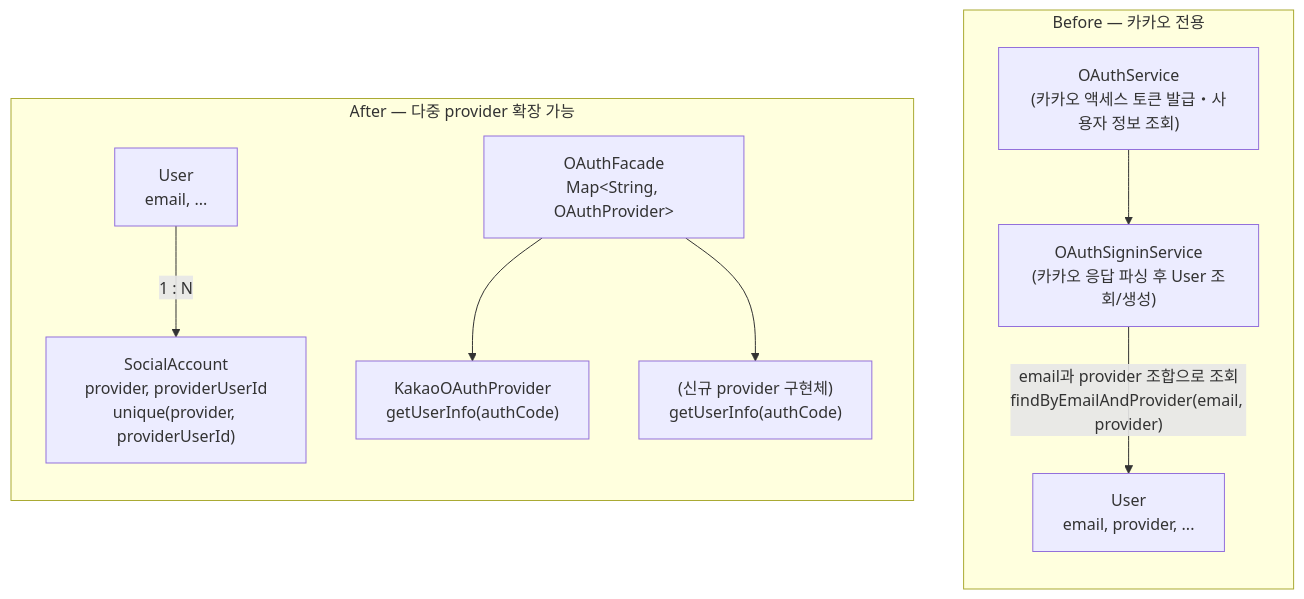
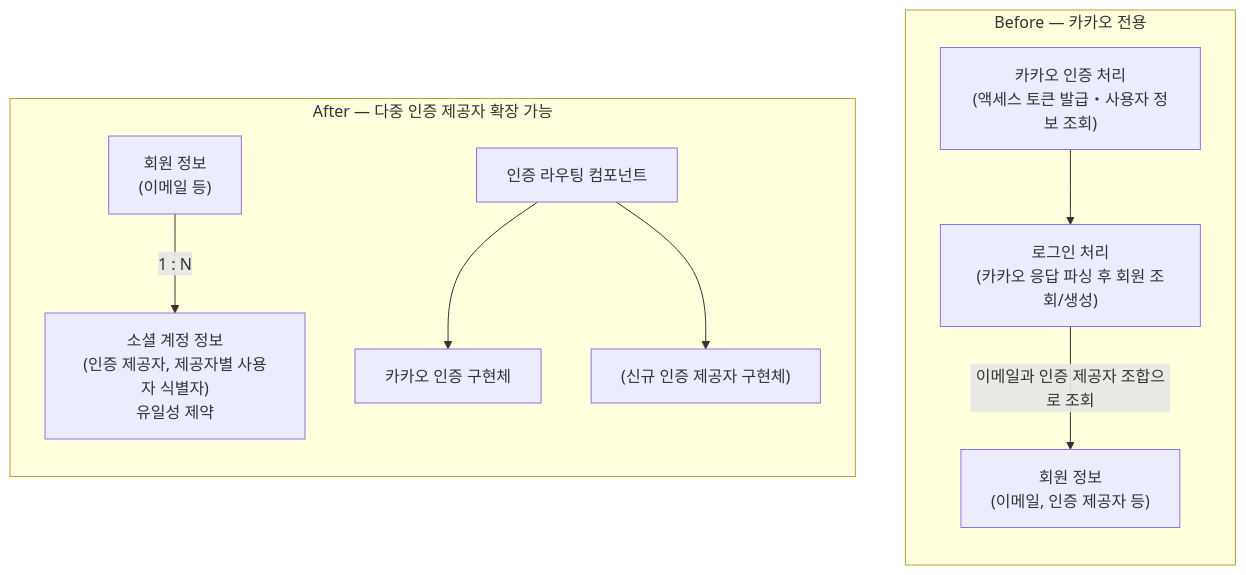
Before and after one commit to Jinpyo-An/Jinpyo-An.github.io: the diagram in src/content/projects/project-2/troubleshooting/oauth-multi-provider/index.md, drawn with Mermaid. The commit also changed other lines of this file and 5 other files, not shown here.

````diff
--- a/src/content/projects/project-2/troubleshooting/oauth-multi-provider/index.md
+++ b/src/content/projects/project-2/troubleshooting/oauth-multi-provider/index.md
@@ -24,24 +24,24 @@
 ```mermaid
 flowchart TB
     subgraph BEFORE["Before — 카카오 전용"]
         direction TB
-        U1["User<br/>email, provider, ..."]
-        OS["OAuthService<br/>(카카오 액세스 토큰 발급・사용자 정보 조회)"]
-        OSS["OAuthSigninService<br/>(카카오 응답 파싱 후 User 조회/생성)"]
+        U1["회원 정보\n(이메일, 인증 제공자 등)"]
+        OS["카카오 인증 처리\n(액세스 토큰 발급・사용자 정보 조회)"]
+        OSS["로그인 처리\n(카카오 응답 파싱 후 회원 조회/생성)"]
         OS --> OSS
-        OSS -->|"email과 provider 조합으로 조회<br/>findByEmailAndProvider(email, provider)"| U1
+        OSS -->|"이메일과 인증 제공자 조합으로 조회"| U1
     end
 
-    subgraph AFTER["After — 다중 provider 확장 가능"]
+    subgraph AFTER["After — 다중 인증 제공자 확장 가능"]
         direction TB
-        U2["User<br/>email, ..."]
-        SA["SocialAccount<br/>provider, providerUserId<br/>unique(provider, providerUserId)"]
-        FACADE["OAuthFacade<br/>Map&lt;String, OAuthProvider&gt;"]
-        KAKAO["KakaoOAuthProvider<br/>getUserInfo(authCode)"]
-        NEW["(신규 provider 구현체)<br/>getUserInfo(authCode)"]
+        U2["회원 정보\n(이메일 등)"]
+        SA["소셜 계정 정보\n(인증 제공자, 제공자별 사용자 식별자)\n유일성 제약"]
+        FACADE["인증 라우팅 컴포넌트"]
+        KAKAO["카카오 인증 구현체"]
+        NEW["(신규 인증 제공자 구현체)"]
 
         U2 -->|"1 : N"| SA
         FACADE --> KAKAO
         FACADE --> NEW
     end
 ```
````
